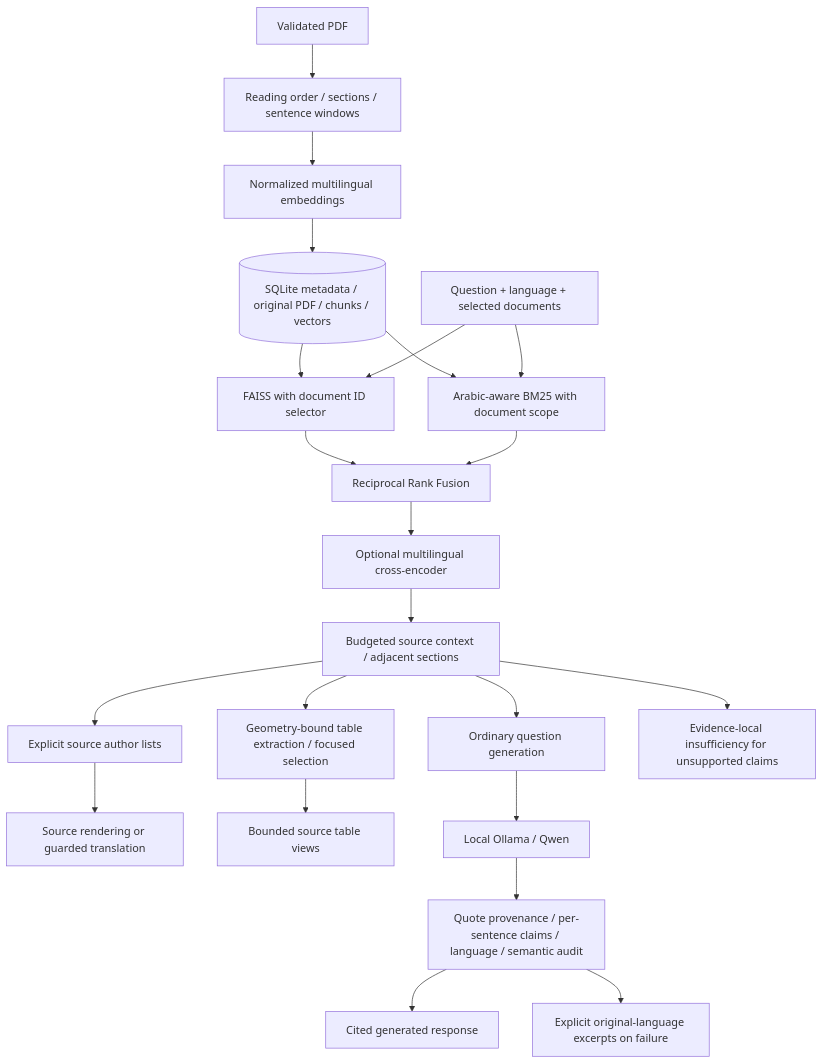
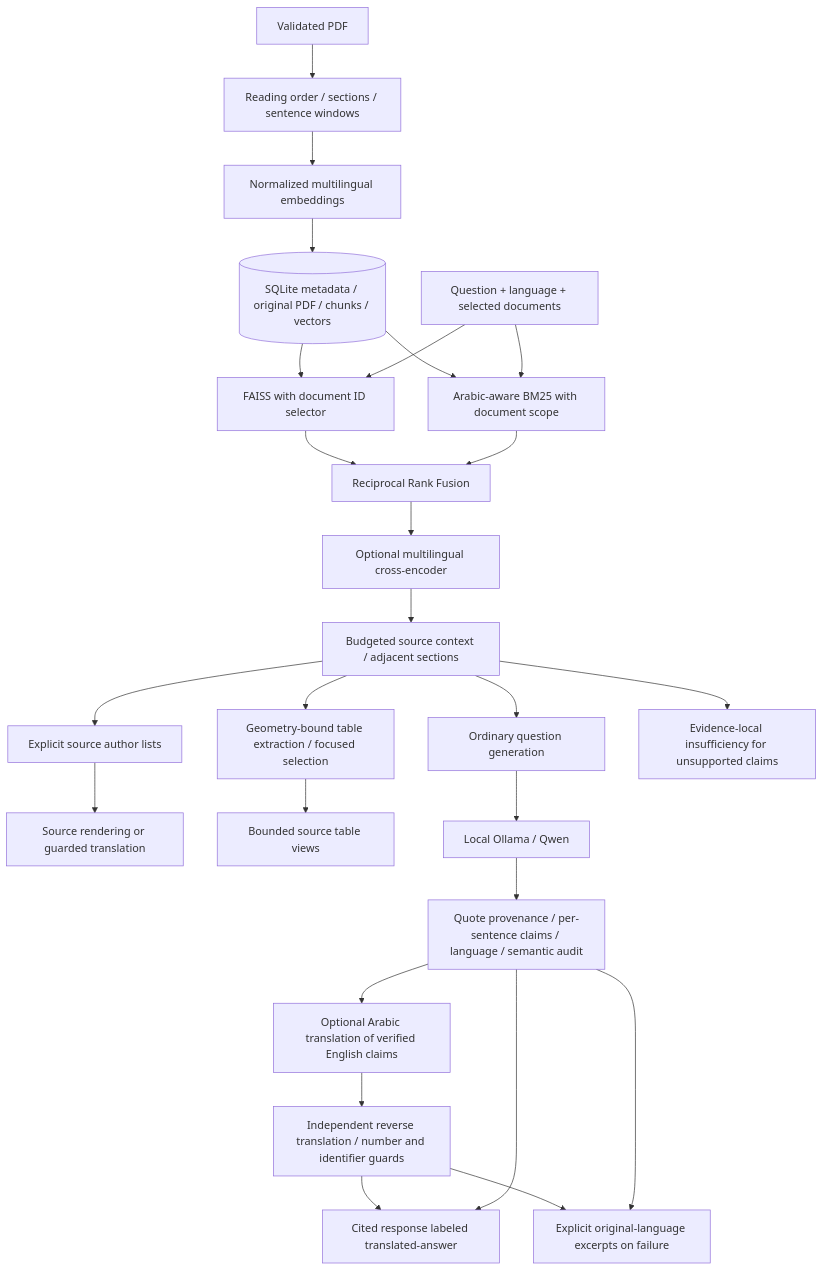
The diagram in docs/current-architecture.md (the1ZAKK/multilingual-advanced-rag), drawn with Mermaid before and after one commit. The commit also changed other lines of this file and 19 other files, not shown here.

Commit message:
Guard Arabic answer translation and support safe sequential source updates

````diff
--- a/docs/current-architecture.md
+++ b/docs/current-architecture.md
@@ -3,24 +3,28 @@
 ```mermaid
 flowchart TD
   PDF[Validated PDF] --> Layout[Reading order / sections / sentence windows]
   Layout --> Embed[Normalized multilingual embeddings]
   Embed --> DB[(SQLite metadata / original PDF / chunks / vectors)]
   DB --> Dense[FAISS with document ID selector]
   DB --> Sparse[Arabic-aware BM25 with document scope]
   Q[Question + language + selected documents] --> Dense
   Q --> Sparse
   Dense --> RRF[Reciprocal Rank Fusion]
   Sparse --> RRF
   RRF --> CE[Optional multilingual cross-encoder]
   CE --> Context[Budgeted source context / adjacent sections]
   Context --> Lists[Explicit source author lists]
   Context --> Tables[Geometry-bound table extraction / focused selection]
   Context --> Claims[Ordinary question generation]
   Lists --> Source[Source rendering or guarded translation]
   Tables --> Views[Bounded source table views]
   Claims --> Qwen[Local Ollama / Qwen]
   Qwen --> Verify[Quote provenance / per-sentence claims / language / semantic audit]
-  Verify --> Answer[Cited generated response]
+  Verify --> Pivot[Optional Arabic translation of verified English claims]
+  Pivot --> Reverse[Independent reverse translation / number and identifier guards]
+  Reverse --> Answer[Cited response labeled translated-answer]
+  Verify --> Answer
+  Reverse --> Fallback
   Verify --> Fallback[Explicit original-language excerpts on failure]
   Context --> Refuse[Evidence-local insufficiency for unsupported claims]
 ```
````
